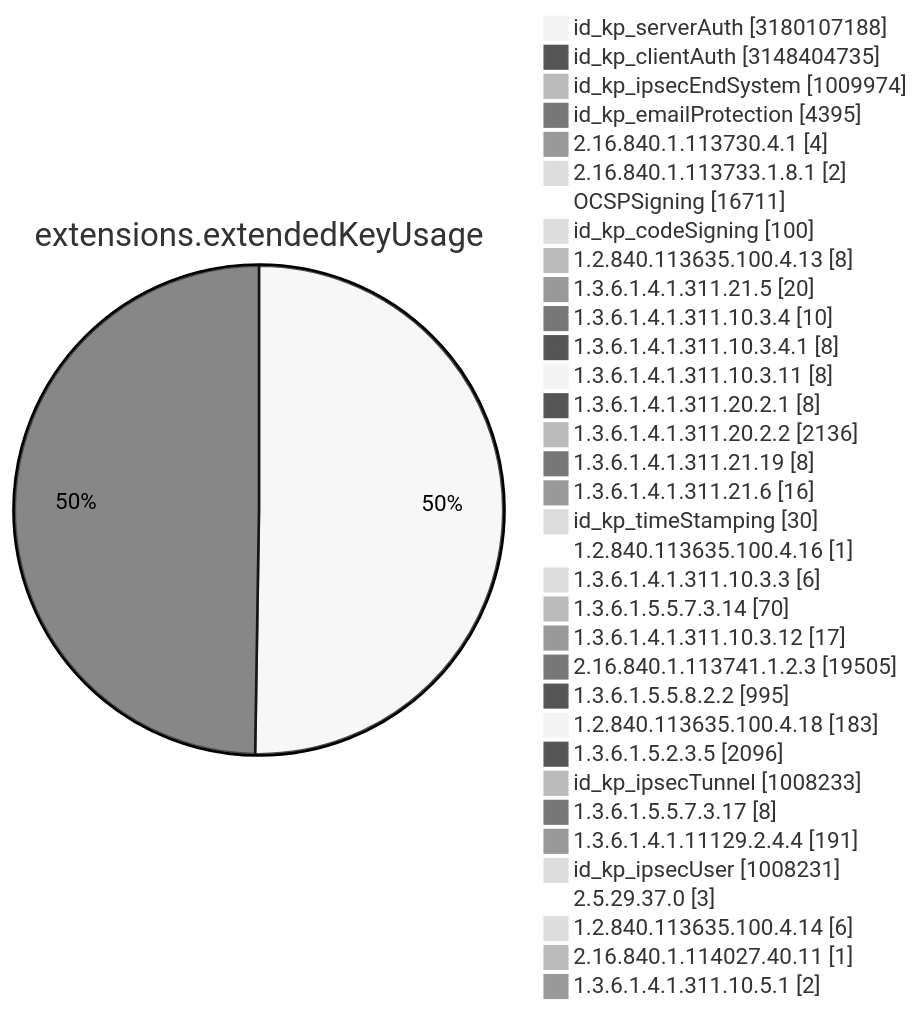
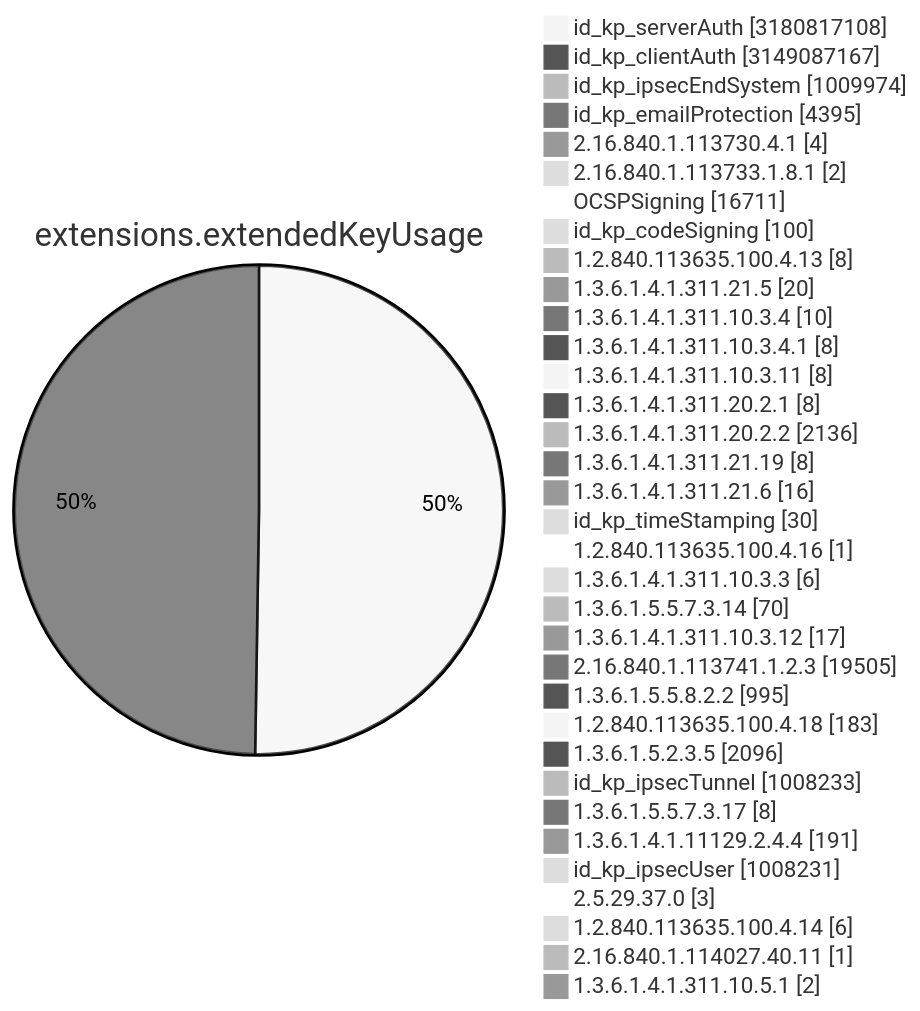
One commit to christiankrug/ctmonitor_visualization changed diagram 11 of 15 in TOTAL/README.md. Above: the diagram before and after it, drawn with Mermaid (neutral theme). The commit also changed other lines of this file, not shown here.

````diff
--- a/TOTAL/README.md
+++ b/TOTAL/README.md
@@ -4119,38 +4119,38 @@
 ```mermaid
 pie showData
 title extensions.extendedKeyUsage
-"id_kp_serverAuth" :3180107188
-"id_kp_clientAuth" :3148404735
+"id_kp_serverAuth" :3180817108
+"id_kp_clientAuth" :3149087167
 "id_kp_ipsecEndSystem" :1009974
 "id_kp_emailProtection" :4395
 "2.16.840.1.113730.4.1" :4
 "2.16.840.1.113733.1.8.1" :2
 "OCSPSigning" :16711
 "id_kp_codeSigning" :100
 "1.2.840.113635.100.4.13" :8
 "1.3.6.1.4.1.311.21.5" :20
 "1.3.6.1.4.1.311.10.3.4" :10
 "1.3.6.1.4.1.311.10.3.4.1" :8
 "1.3.6.1.4.1.311.10.3.11" :8
 "1.3.6.1.4.1.311.20.2.1" :8
 "1.3.6.1.4.1.311.20.2.2" :2136
 "1.3.6.1.4.1.311.21.19" :8
 "1.3.6.1.4.1.311.21.6" :16
 "id_kp_timeStamping" :30
 "1.2.840.113635.100.4.16" :1
 "1.3.6.1.4.1.311.10.3.3" :6
 "1.3.6.1.5.5.7.3.14" :70
 "1.3.6.1.4.1.311.10.3.12" :17
 "2.16.840.1.113741.1.2.3" :19505
 "1.3.6.1.5.5.8.2.2" :995
 "1.2.840.113635.100.4.18" :183
 "1.3.6.1.5.2.3.5" :2096
 "id_kp_ipsecTunnel" :1008233
 "1.3.6.1.5.5.7.3.17" :8
 "1.3.6.1.4.1.11129.2.4.4" :191
 "id_kp_ipsecUser" :1008231
 "2.5.29.37.0" :3
 "1.2.840.113635.100.4.14" :6
 "2.16.840.1.114027.40.11" :1
 "1.3.6.1.4.1.311.10.5.1" :2
 ```
````
